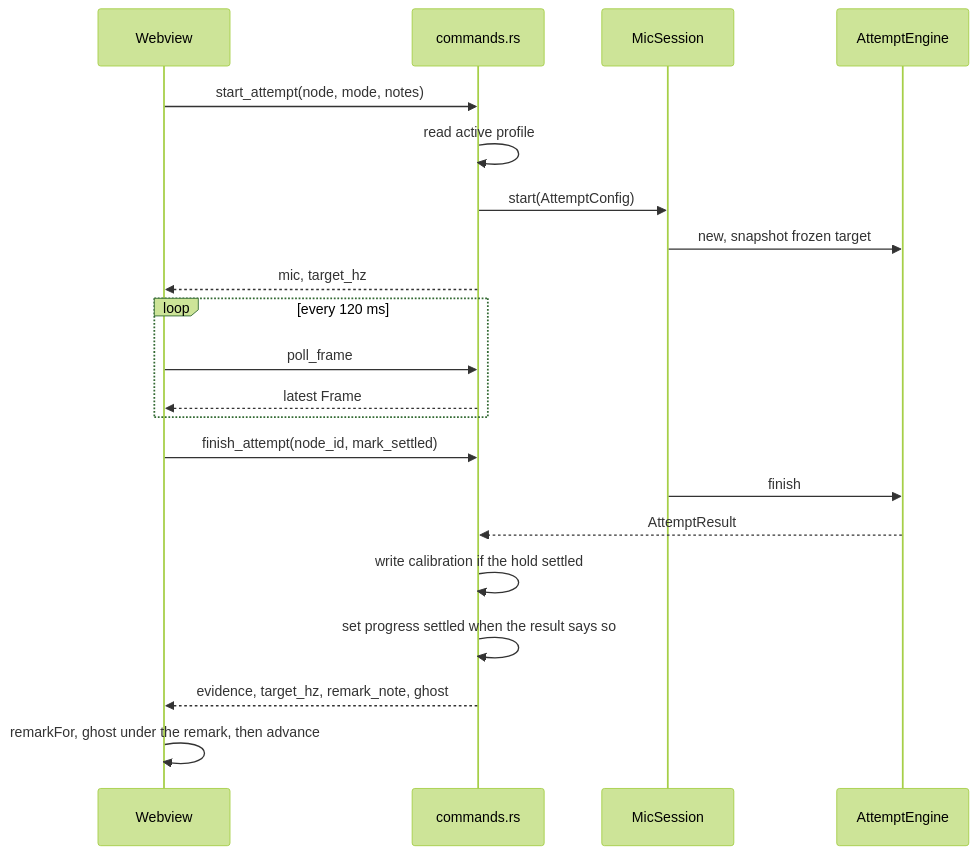
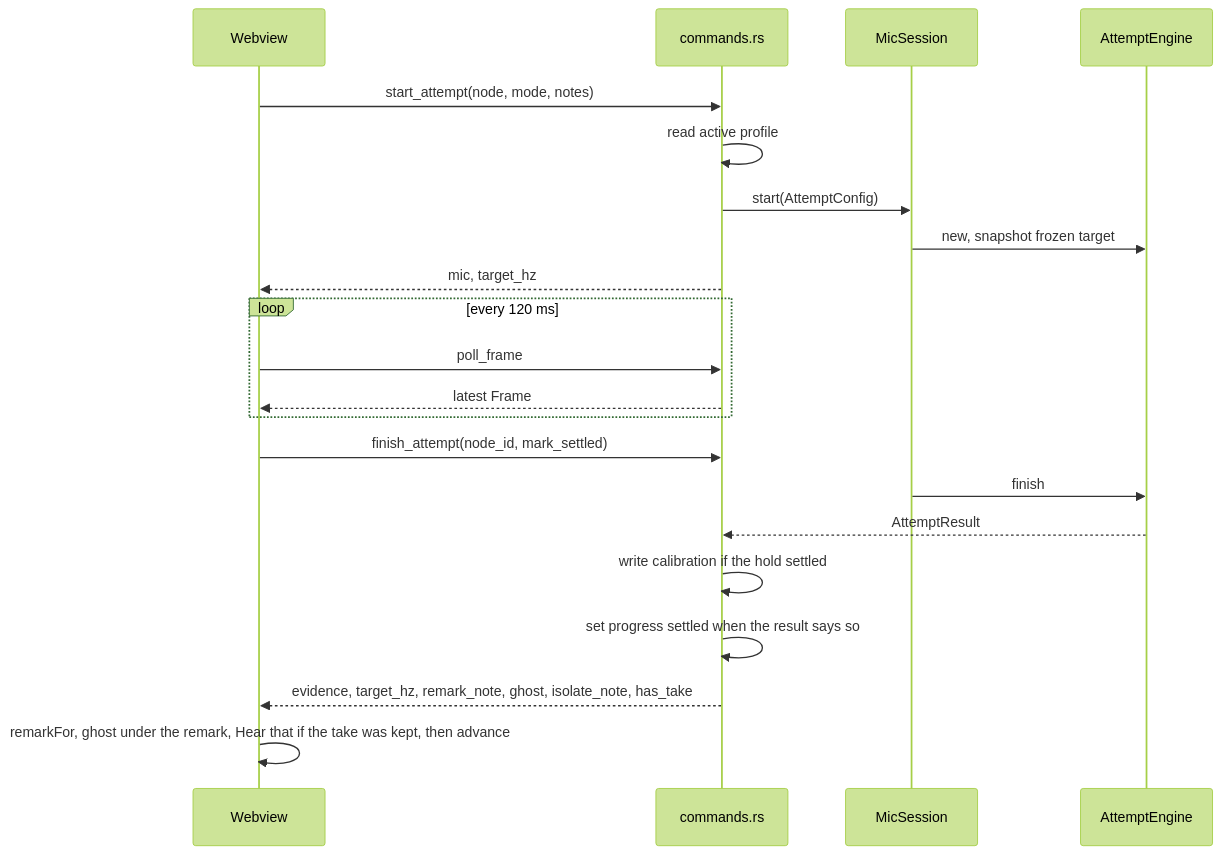
The fifth of 7 diagrams in ARCHITECTURE.md (glen-w/lowDee), drawn with Mermaid (forest theme) before and after one commit. The commit also changed other lines of this file and 46 other files, not shown here.

````diff
--- a/ARCHITECTURE.md
+++ b/ARCHITECTURE.md
@@ -222,24 +222,24 @@
 ```mermaid
 sequenceDiagram
   participant UI as Webview
   participant Cmd as commands.rs
   participant Mic as MicSession
   participant Eng as AttemptEngine
 
   UI->>Cmd: start_attempt(node, mode, notes)
   Cmd->>Cmd: read active profile
   Cmd->>Mic: start(AttemptConfig)
   Mic->>Eng: new, snapshot frozen target
   Cmd-->>UI: mic, target_hz
   loop every 120 ms
     UI->>Cmd: poll_frame
     Cmd-->>UI: latest Frame
   end
   UI->>Cmd: finish_attempt(node_id, mark_settled)
   Mic->>Eng: finish
   Eng-->>Cmd: AttemptResult
   Cmd->>Cmd: write calibration if the hold settled
   Cmd->>Cmd: set progress settled when the result says so
-  Cmd-->>UI: evidence, target_hz, remark_note, ghost
-  UI->>UI: remarkFor, ghost under the remark, then advance
+  Cmd-->>UI: evidence, target_hz, remark_note, ghost, isolate_note, has_take
+  UI->>UI: remarkFor, ghost under the remark, Hear that if the take was kept, then advance
 ```
````
